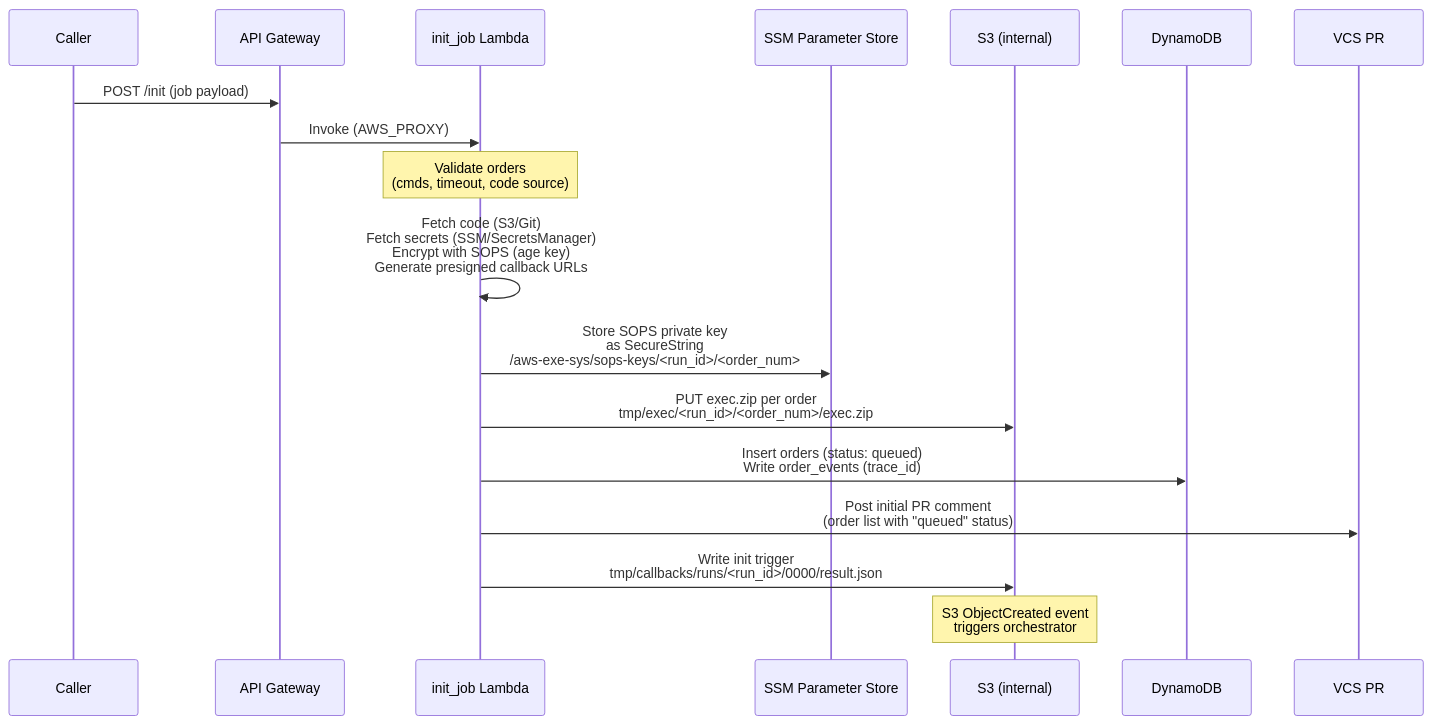
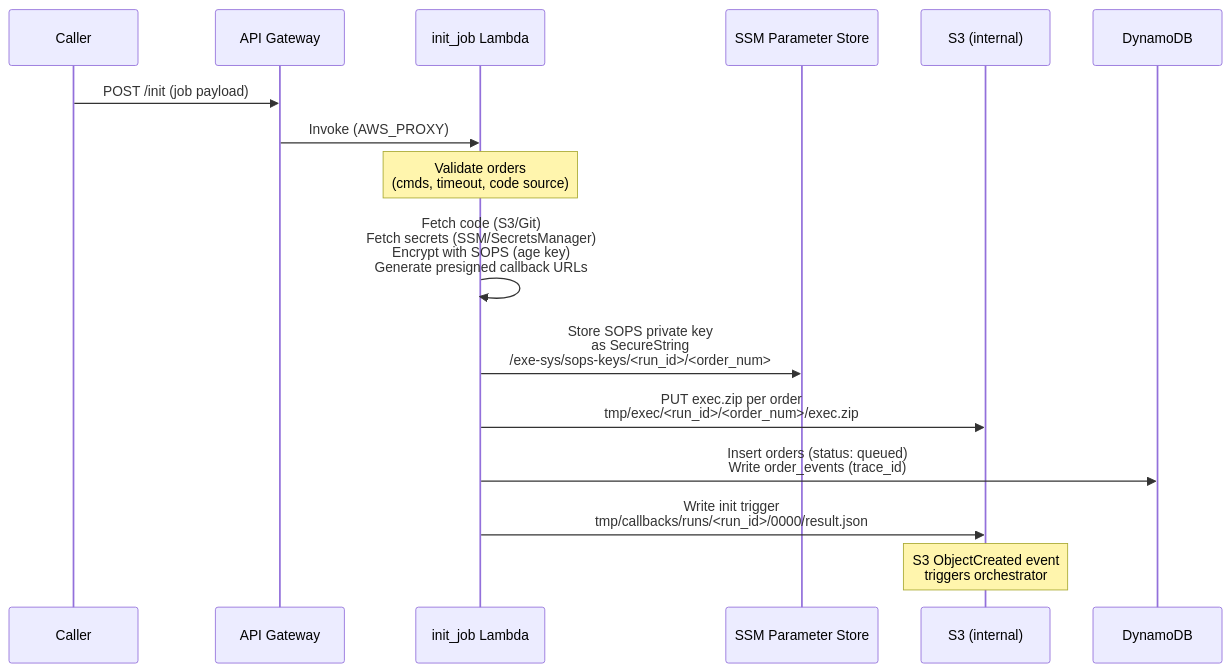
Before and after one commit to config0-hub/aws-execution-engine: the second of 5 diagrams in docs/ARCHITECTURE_DIAGRAM.md, drawn with Mermaid. The commit also changed other lines of this file and 170 other files, not shown here.

````diff
--- a/docs/ARCHITECTURE_DIAGRAM.md
+++ b/docs/ARCHITECTURE_DIAGRAM.md
@@ -34,29 +36,26 @@
 ```mermaid
 sequenceDiagram
     participant VCS as Caller
     participant APIGW as API Gateway
     participant IJ as init_job Lambda
     participant SSM as SSM Parameter Store
     participant S3 as S3 (internal)
     participant DDB as DynamoDB
-    participant PR as VCS PR
 
     VCS->>APIGW: POST /init (job payload)
     APIGW->>IJ: Invoke (AWS_PROXY)
 
     Note over IJ: Validate orders<br>(cmds, timeout, code source)
 
     IJ->>IJ: Fetch code (S3/Git)<br>Fetch secrets (SSM/SecretsManager)<br>Encrypt with SOPS (age key)<br>Generate presigned callback URLs
 
-    IJ->>SSM: Store SOPS private key<br>as SecureString<br>/aws-exe-sys/sops-keys/<run_id>/<order_num>
+    IJ->>SSM: Store SOPS private key<br>as SecureString<br>/exe-sys/sops-keys/<run_id>/<order_num>
 
     IJ->>S3: PUT exec.zip per order<br>tmp/exec/<run_id>/<order_num>/exec.zip
 
     IJ->>DDB: Insert orders (status: queued)<br>Write order_events (trace_id)
 
-    IJ->>PR: Post initial PR comment<br>(order list with "queued" status)
-
     IJ->>S3: Write init trigger<br>tmp/callbacks/runs/<run_id>/0000/result.json
 
     Note over S3: S3 ObjectCreated event<br>triggers orchestrator
 ```
````
